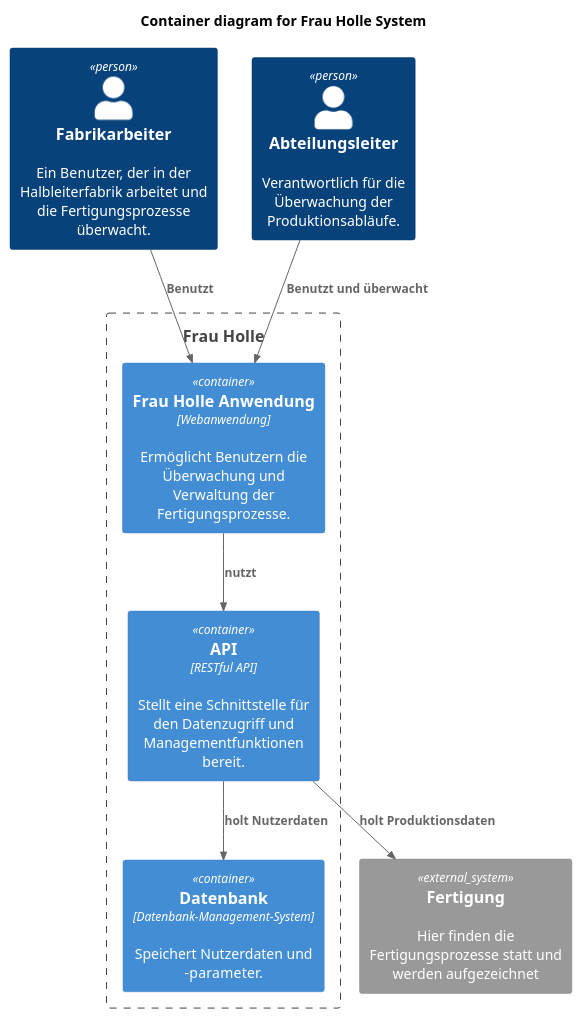
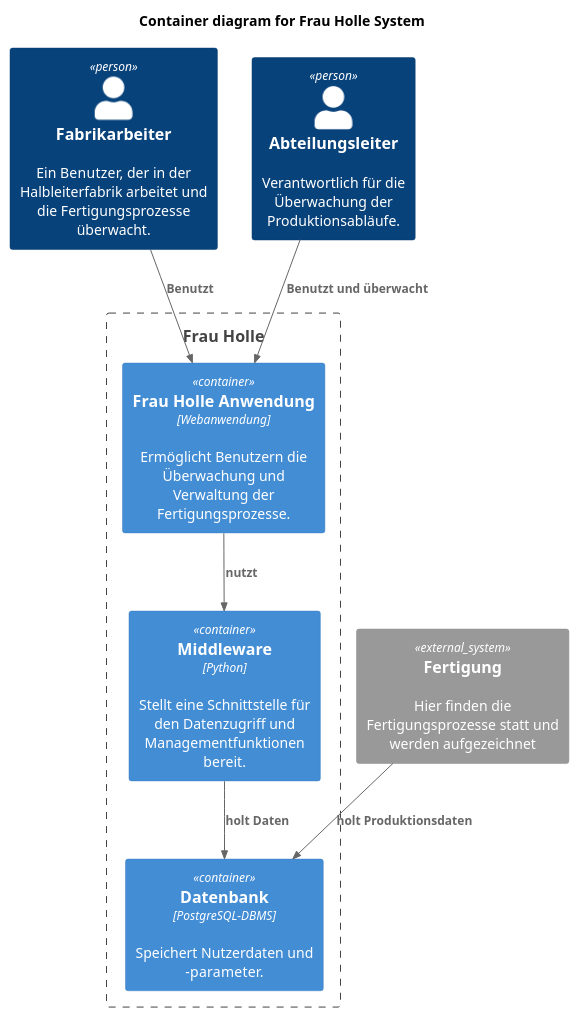
The diagram in docs/architecture/plantuml/Frau_Holle_Container_C4.puml (RichardSchultz-gh/semiconductor-logistics-automation), drawn with PlantUML before and after one commit. The commit also changed 2 other files, not shown here.

Commit message:
Überarbeitung Architecture Notebook (5.,14.)

```diff
--- a/docs/architecture/plantuml/Frau_Holle_Container_C4.puml
+++ b/docs/architecture/plantuml/Frau_Holle_Container_C4.puml
@@ -1,28 +1,28 @@
 @startuml Frau_Holle_Container_C4
 
 !include https://raw.githubusercontent.com/plantuml-stdlib/C4-PlantUML/master/C4_Container.puml
 
 title Container diagram for Frau Holle System
 
 Person(worker, "Fabrikarbeiter", "Ein Benutzer, der in der Halbleiterfabrik arbeitet und die Fertigungsprozesse überwacht.")
 Person(manager, "Abteilungsleiter", "Verantwortlich für die Überwachung der Produktionsabläufe.")
 
 Boundary(frauHolleBoundary, "Frau Holle ") {
 
 Container(frauHolleApp, "Frau Holle Anwendung", "Webanwendung", "Ermöglicht Benutzern die Überwachung und Verwaltung der Fertigungsprozesse.")
-Container(db, "Datenbank", "Datenbank-Management-System", "Speichert Nutzerdaten und -parameter.")
-Container(api, "API", "RESTful API", "Stellt eine Schnittstelle für den Datenzugriff und Managementfunktionen bereit.")
+Container(db, "Datenbank", "PostgreSQL-DBMS", "Speichert Nutzerdaten und -parameter.")
+Container(api, "Middleware", "Python", "Stellt eine Schnittstelle für den Datenzugriff und Managementfunktionen bereit.")
 
 Rel(worker, frauHolleApp, "Benutzt")
 Rel(manager, frauHolleApp, "Benutzt und überwacht")
 Rel(frauHolleApp, api, "nutzt")
 
 
 }
 
 System_Ext(manufacturing, "Fertigung", "Hier finden die Fertigungsprozesse statt und werden aufgezeichnet")
 
 
-Rel(api, manufacturing, "holt Produktionsdaten")
-Rel(api, db, "holt Nutzerdaten")
+Rel(manufacturing, db, "holt Produktionsdaten")
+Rel(api, db, "holt Daten")
 @enduml
```
